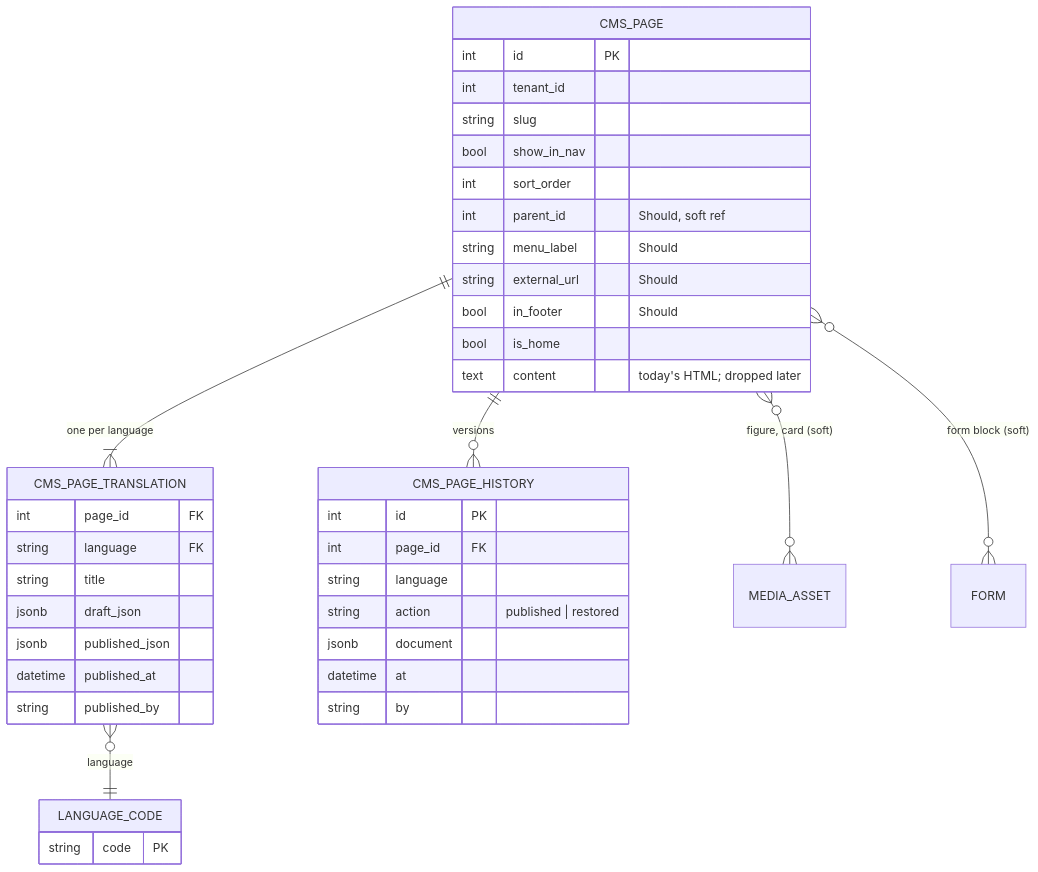
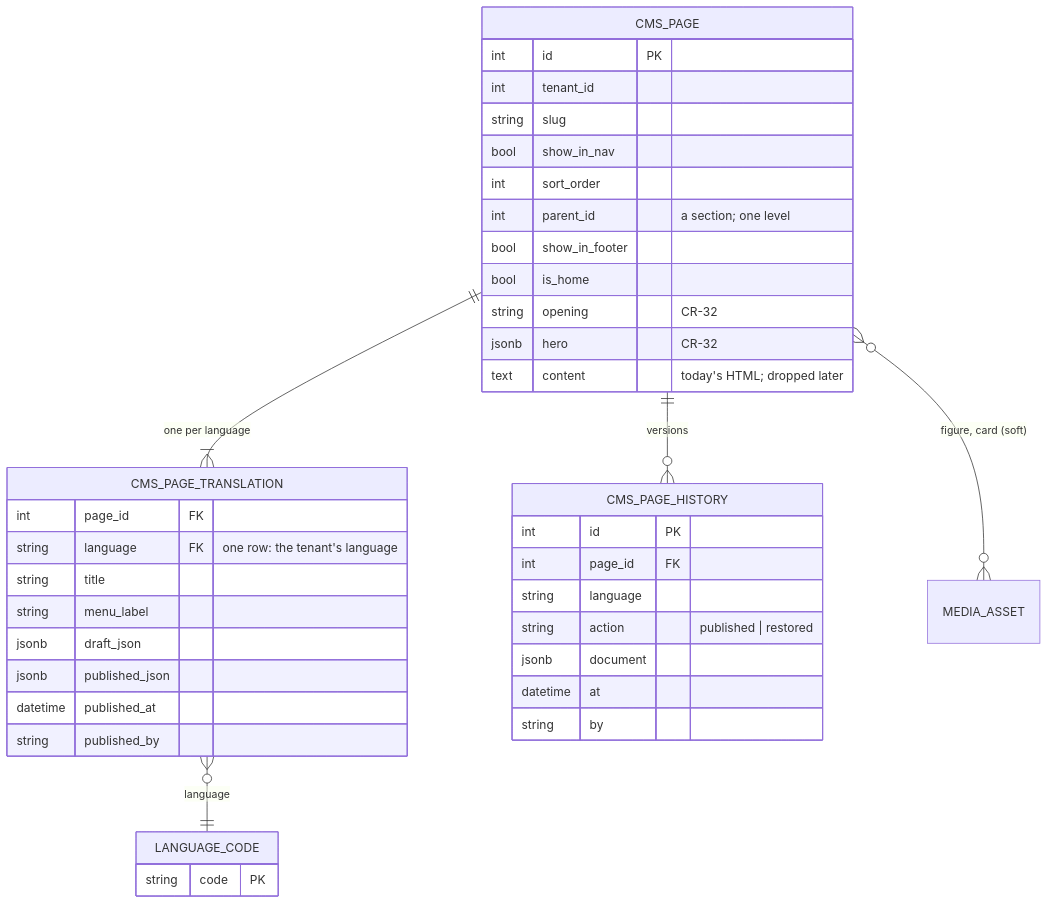
Before and after one commit to KoenRenders/KoenTest: the fifth of 5 diagrams in docs/change_request_17_web_content.md, drawn with Mermaid. The commit also changed other lines of this file, not shown here.

First line of the commit message:
docs(cr-17): B2, B3, the matrix, C4.10 and C4.11 show what runs in v2.17.2; phases 3 and 4 and the form block marked not built

````diff
--- a/docs/change_request_17_web_content.md
+++ b/docs/change_request_17_web_content.md
@@ -309,42 +298,42 @@
 ```mermaid
 erDiagram
   CMS_PAGE {
     int id PK
     int tenant_id
     string slug
     bool show_in_nav
     int sort_order
-    int parent_id "Should, soft ref"
-    string menu_label "Should"
-    string external_url "Should"
-    bool in_footer "Should"
+    int parent_id "a section; one level"
+    bool show_in_footer
     bool is_home
+    string opening "CR-32"
+    jsonb hero "CR-32"
     text content "today's HTML; dropped later"
   }
   CMS_PAGE_TRANSLATION {
     int page_id FK
-    string language FK
+    string language FK "one row: the tenant's language"
     string title
+    string menu_label
     jsonb draft_json
     jsonb published_json
     datetime published_at
     string published_by
   }
   CMS_PAGE_HISTORY {
     int id PK
     int page_id FK
     string language
     string action "published | restored"
     jsonb document
     datetime at
     string by
   }
   LANGUAGE_CODE {
     string code PK
   }
   CMS_PAGE ||--|{ CMS_PAGE_TRANSLATION : "one per language"
   CMS_PAGE ||--o{ CMS_PAGE_HISTORY : "versions"
   CMS_PAGE_TRANSLATION }o--|| LANGUAGE_CODE : "language"
   CMS_PAGE }o--o{ MEDIA_ASSET : "figure, card (soft)"
-  CMS_PAGE }o--o{ FORM : "form block (soft)"
 ```
````
